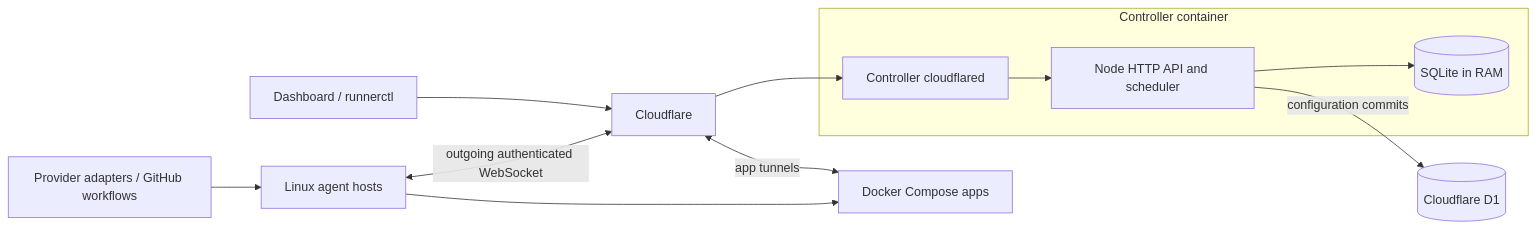
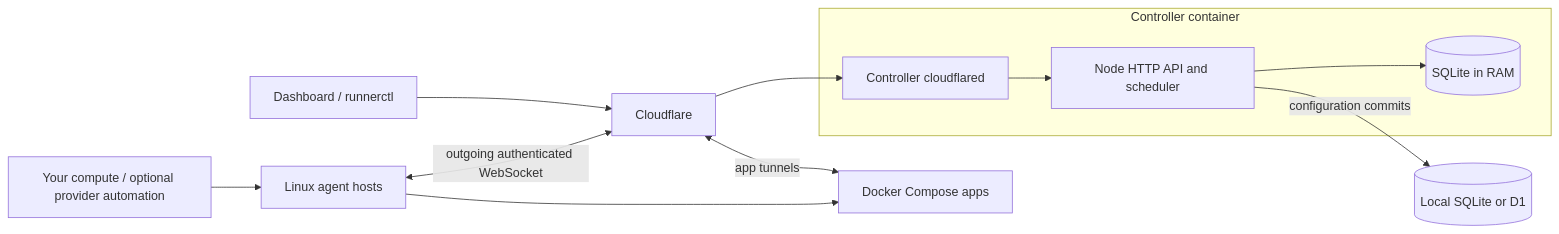
One commit to hetp4401/runner changed the diagram in docs/architecture.md. Above: the diagram before and after it, drawn with Mermaid. The commit also changed other lines of this file and 17 other files, not shown here.

````diff
--- a/docs/architecture.md
+++ b/docs/architecture.md
@@ -7,14 +7,14 @@
 ```mermaid
 flowchart LR
   Browser[Dashboard / runnerctl] --> CF[Cloudflare]
   CF --> Tunnel[Controller cloudflared]
   subgraph Controller container
     Tunnel --> CP[Node HTTP API and scheduler]
     CP --> RAM[(SQLite in RAM)]
   end
-  CP -->|configuration commits| D1[(Cloudflare D1)]
-  Providers[Provider adapters / GitHub workflows] --> Hosts[Linux agent hosts]
+  CP -->|configuration commits| Config[(Local SQLite or D1)]
+  Providers[Your compute / optional provider automation] --> Hosts[Linux agent hosts]
   Hosts <-->|outgoing authenticated WebSocket| CF
   Hosts --> Apps[Docker Compose apps]
   CF <-->|app tunnels| Apps
 ```
````
